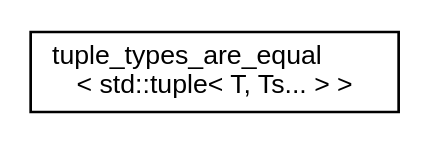
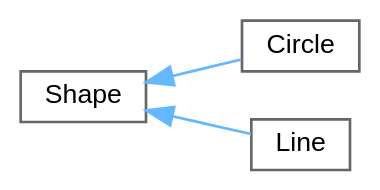
The diagram in inherit_graph_2.dot (oshkines/otus-cpp-prof), drawn with Graphviz before and after one commit. The commit also changed 209 other files, not shown here.

```diff
--- a/inherit_graph_2.dot
+++ b/inherit_graph_2.dot
@@ -1,8 +1,13 @@
 digraph "Graphical Class Hierarchy"
 {
  // LATEX_PDF_SIZE
-  edge [fontname="Helvetica",fontsize="10",labelfontname="Helvetica",labelfontsize="10"];
-  node [fontname="Helvetica",fontsize="10",shape=record];
+  bgcolor="transparent";
+  edge [fontname=Helvetica,fontsize=10,labelfontname=Helvetica,labelfontsize=10];
+  node [fontname=Helvetica,fontsize=10,shape=box,height=0.2,width=0.4];
   rankdir="LR";
-  Node0 [label="tuple_types_are_equal\l\< std::tuple\< T, Ts... \> \>",height=0.2,width=0.4,color="black", fillcolor="white", style="filled",URL="$structtuple__types__are__equal_3_01std_1_1tuple_3_01T_00_01Ts_8_8_8_01_4_01_4.html",tooltip=" "];
+  Node0 [id="Node000000",label="Shape",height=0.2,width=0.4,color="grey40", fillcolor="white", style="filled",URL="$classShape.html",tooltip=" "];
+  Node0 -> Node1 [id="edge1_Node000000_Node000001",dir="back",color="steelblue1",style="solid",tooltip=" "];
+  Node1 [id="Node000001",label="Circle",height=0.2,width=0.4,color="grey40", fillcolor="white", style="filled",URL="$classCircle.html",tooltip=" "];
+  Node0 -> Node2 [id="edge2_Node000000_Node000002",dir="back",color="steelblue1",style="solid",tooltip=" "];
+  Node2 [id="Node000002",label="Line",height=0.2,width=0.4,color="grey40", fillcolor="white", style="filled",URL="$classLine.html",tooltip=" "];
 }
```
